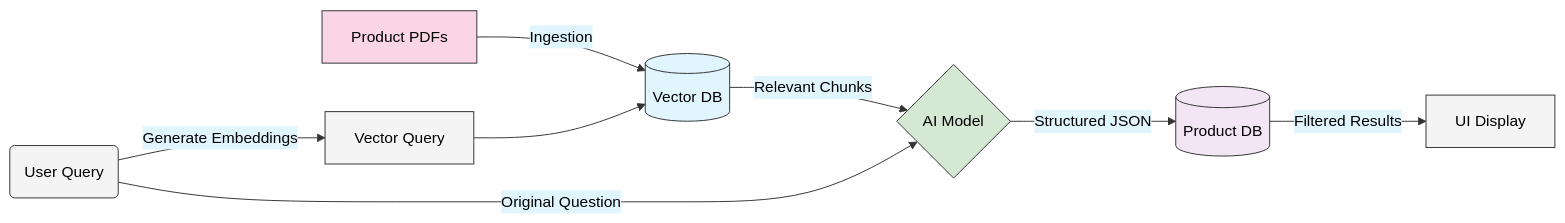
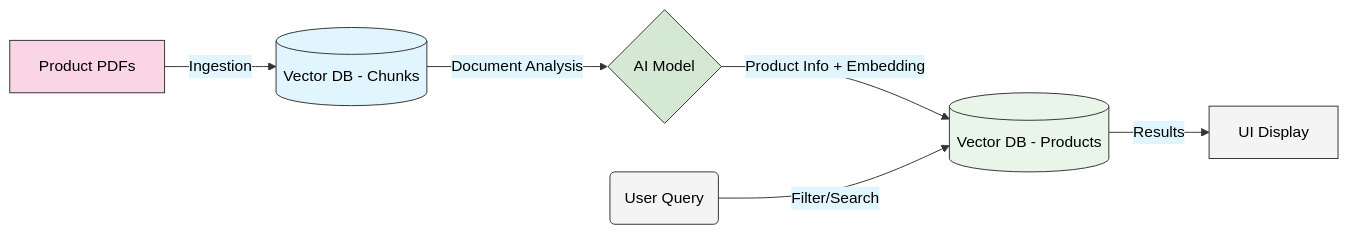
One commit to dotnet-presentations/ai-workshop changed the diagram in lab/part4-products-page.md. Above: the diagram before and after it, drawn with Mermaid. The commit also changed other lines of this file and 8 other files, not shown here.

````diff
--- a/lab/part4-products-page.md
+++ b/lab/part4-products-page.md
@@ -21,16 +21,14 @@
   ```mermaid
   %%{init: {'theme': 'base', 'themeVariables': { 'primaryColor': '#f4f4f4', 'primaryTextColor': '#000', 'primaryBorderColor': '#333', 'lineColor': '#333', 'secondaryColor': '#e1f5fe', 'tertiaryColor': '#f3e5f5' }}}%%
   flowchart LR
-    PDF[Product PDFs] -->|Ingestion| VDB[(Vector DB)]
-    User(User Query) -->|Generate Embeddings| VQ[Vector Query]
-    VQ --> VDB
-    VDB -->|Relevant Chunks| AI{AI Model}
-    User -->|Original Question| AI
-    AI -->|Structured JSON| DB[(Product DB)]
-    DB -->|Filtered Results| UI[UI Display]
+    PDF[Product PDFs] -->|Ingestion| VDB[(Vector DB - Chunks)]
+    VDB -->|Document Analysis| AI{AI Model}
+    AI -->|Product Info + Embedding| PDB[(Vector DB - Products)]
+    User(User Query) -->|Filter/Search| PDB
+    PDB -->|Results| UI[UI Display]
     
     style PDF fill:#f9d5e5
     style VDB fill:#e1f5fe
     style AI fill:#d5e8d4
-    style DB fill:#f3e5f5
+    style PDB fill:#e8f5e8
   ```
````
